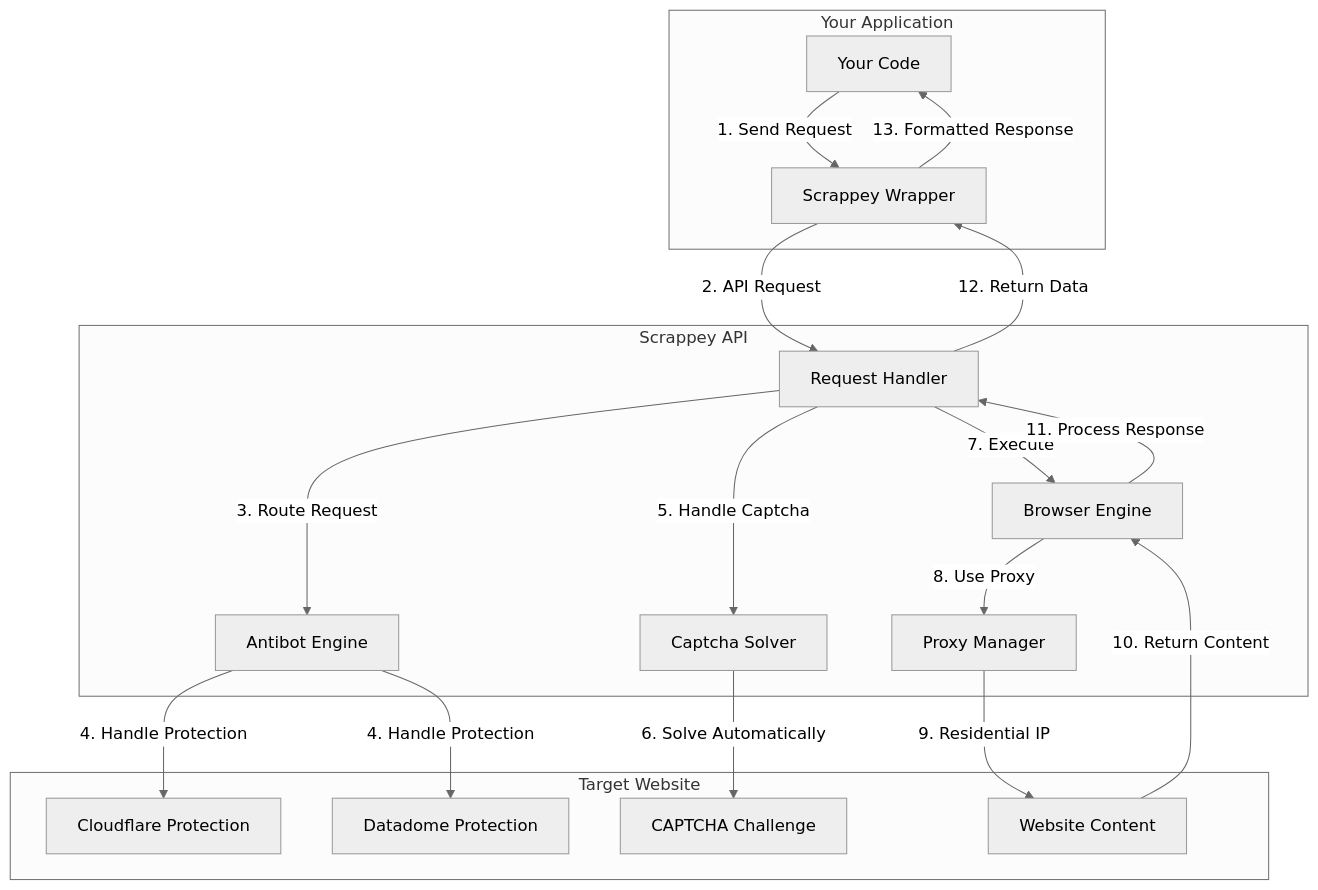
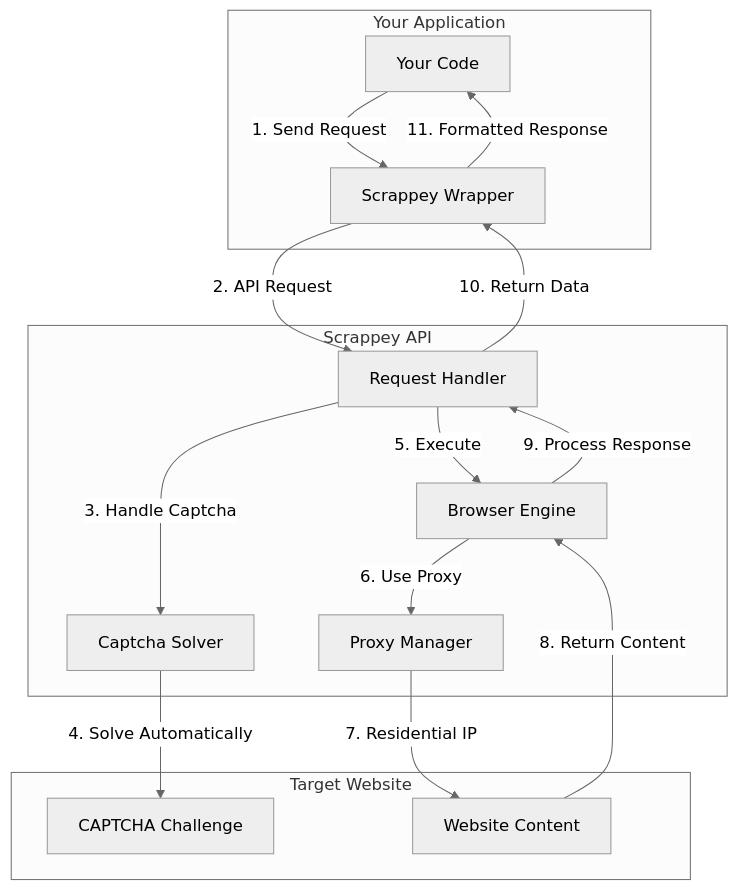
The diagram in readme.md (pim97/scrappey.js), drawn with Mermaid (neutral theme) before and after one commit. The commit also changed other lines of this file, not shown here.

````diff
--- a/readme.md
+++ b/readme.md
@@ -40,41 +33,34 @@
 ```mermaid
 flowchart TB
     subgraph YourApp[Your Application]
         Code[Your Code]
         Wrapper[Scrappey Wrapper]
     end
     
     subgraph ScrappeyAPI[Scrappey API]
         RequestHandler[Request Handler]
-        AntibotEngine[Antibot Engine]
         CaptchaSolver[Captcha Solver]
         BrowserEngine[Browser Engine]
         ProxyManager[Proxy Manager]
     end
     
     subgraph TargetSite[Target Website]
-        Cloudflare[Cloudflare Protection]
-        Datadome[Datadome Protection]
         Captcha[CAPTCHA Challenge]
         Website[Website Content]
     end
     
     Code -->|1. Send Request| Wrapper
     Wrapper -->|2. API Request| RequestHandler
     
-    RequestHandler -->|3. Route Request| AntibotEngine
-    AntibotEngine -->|4. Handle Protection| Cloudflare
-    AntibotEngine -->|4. Handle Protection| Datadome
+    RequestHandler -->|3. Handle Captcha| CaptchaSolver
+    CaptchaSolver -->|4. Solve Automatically| Captcha
     
-    RequestHandler -->|5. Handle Captcha| CaptchaSolver
-    CaptchaSolver -->|6. Solve Automatically| Captcha
+    RequestHandler -->|5. Execute| BrowserEngine
+    BrowserEngine -->|6. Use Proxy| ProxyManager
+    ProxyManager -->|7. Residential IP| Website
     
-    RequestHandler -->|7. Execute| BrowserEngine
-    BrowserEngine -->|8. Use Proxy| ProxyManager
-    ProxyManager -->|9. Residential IP| Website
-    
-    Website -->|10. Return Content| BrowserEngine
-    BrowserEngine -->|11. Process Response| RequestHandler
-    RequestHandler -->|12. Return Data| Wrapper
-    Wrapper -->|13. Formatted Response| Code
+    Website -->|8. Return Content| BrowserEngine
+    BrowserEngine -->|9. Process Response| RequestHandler
+    RequestHandler -->|10. Return Data| Wrapper
+    Wrapper -->|11. Formatted Response| Code
 ```
````
